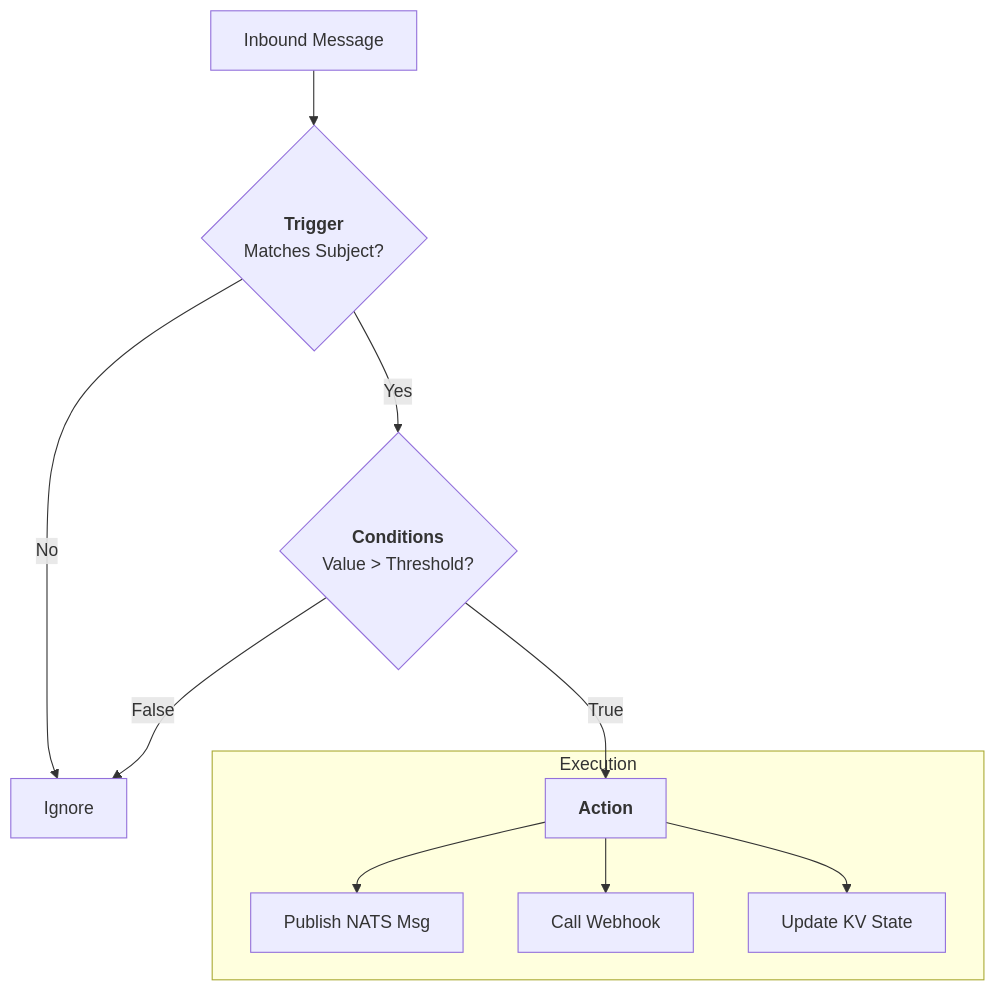
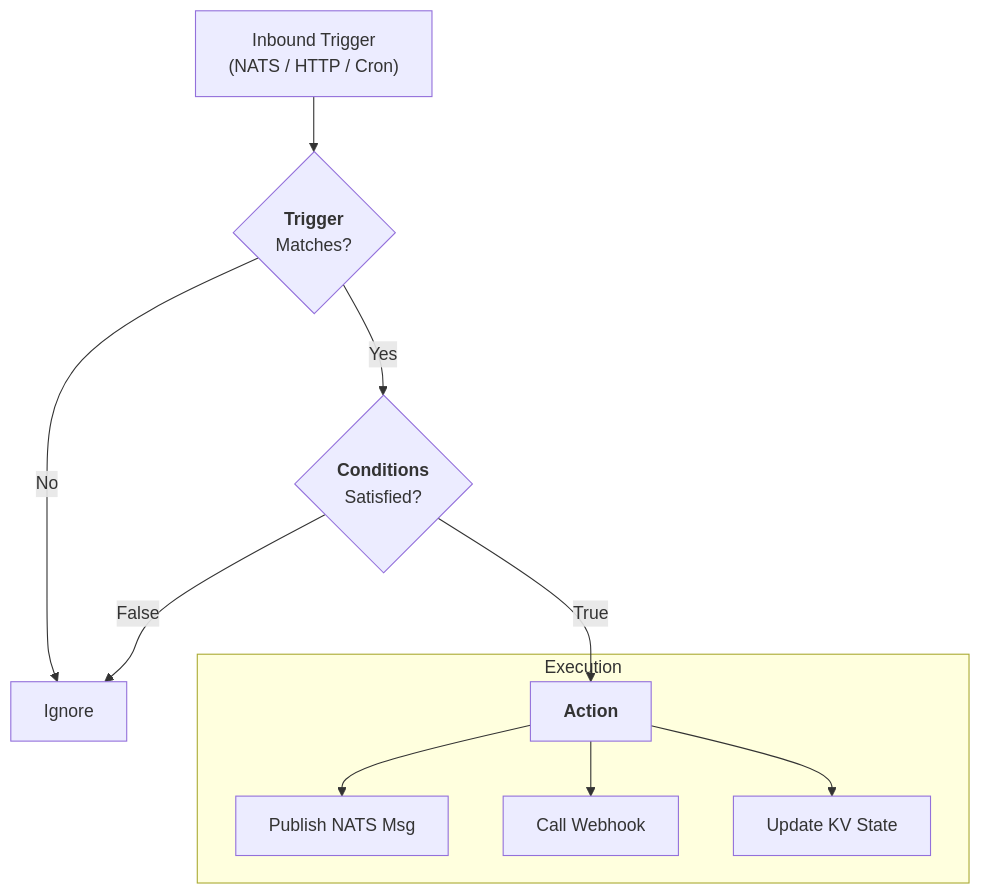
The diagram in docs/automation.md (stone-age-io/platform-docs), drawn with Mermaid before and after one commit. The commit also changed other lines of this file and 10 other files, not shown here.

````diff
--- a/docs/automation.md
+++ b/docs/automation.md
@@ -8,16 +8,16 @@
 ```mermaid
 flowchart TD
-    Msg["Inbound Message"] --> Trigger{"<b>Trigger</b><br/>Matches Subject?"}
+    Msg["Inbound Trigger<br/>(NATS / HTTP / Cron)"] --> Trigger{"<b>Trigger</b><br/>Matches?"}
 
     Trigger -- No --> Ignore["Ignore"]
-    Trigger -- Yes --> Condition{"<b>Conditions</b><br/>Value > Threshold?"}
+    Trigger -- Yes --> Condition{"<b>Conditions</b><br/>Satisfied?"}
 
     Condition -- False --> Ignore
     Condition -- True --> Action["<b>Action</b>"]
 
     subgraph Execution
         Action --> Pub["Publish NATS Msg"]
         Action --> HTTP["Call Webhook"]
         Action --> KV_Update["Update KV State"]
     end
 ```
````
